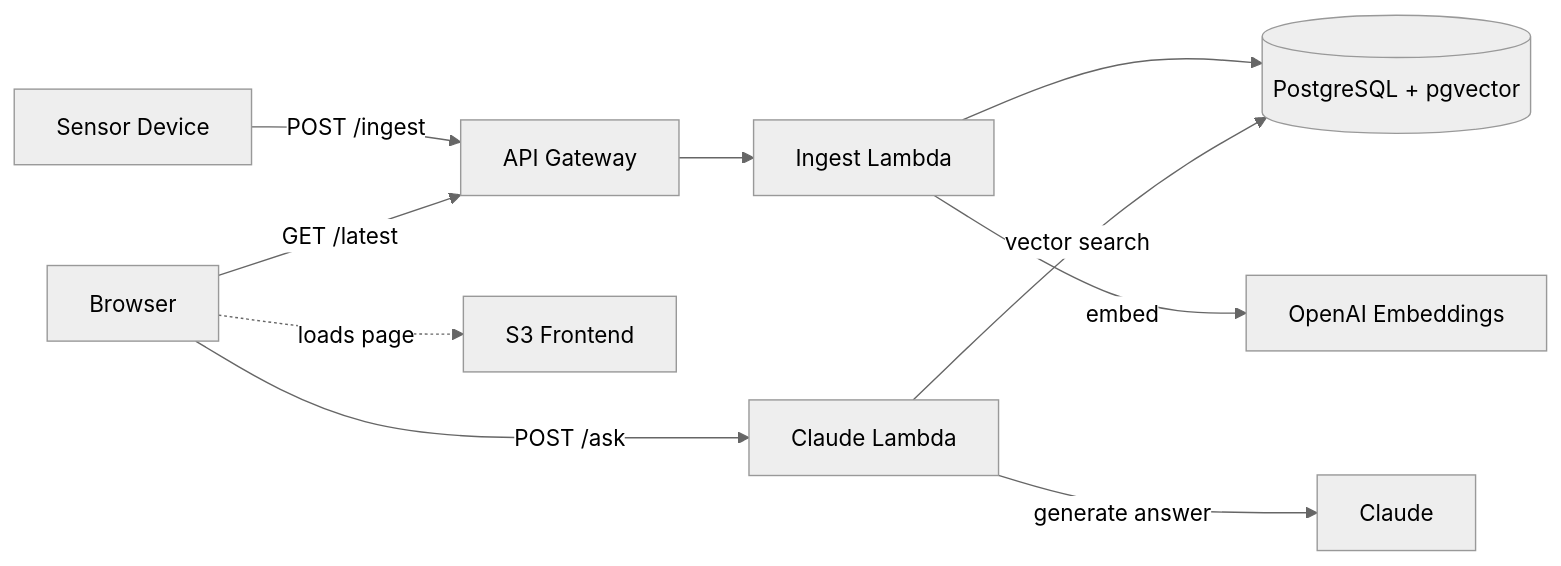
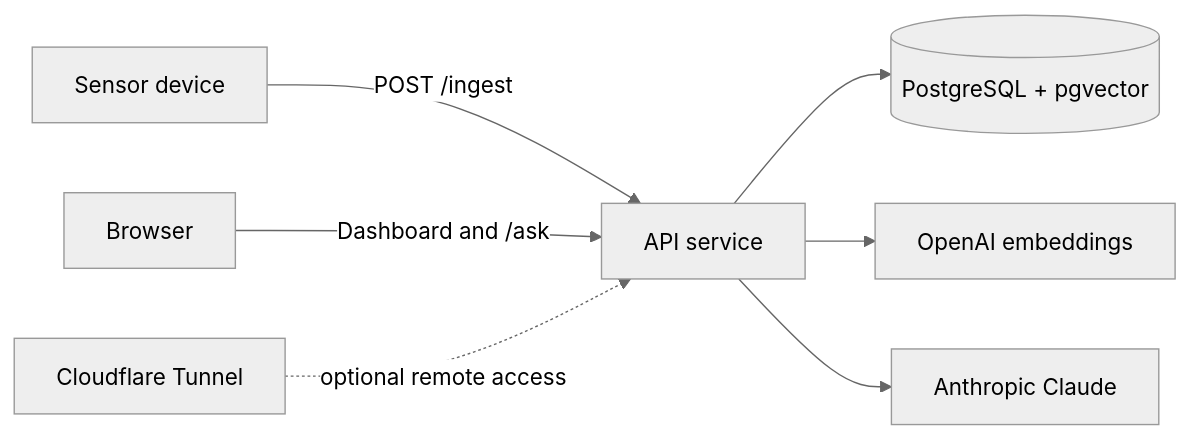
Before and after one commit to ryandau/sense-platform: the diagram in README.md, drawn with Mermaid (neutral theme). The commit also changed other lines of this file and 36 other files, not shown here.

````diff
--- a/README.md
+++ b/README.md
@@ -11,12 +36,9 @@
 ```mermaid
 flowchart LR
-  sensor[Sensor Device] -->|POST /ingest| apigw[API Gateway]
-  apigw --> ingest[Ingest Lambda]
-  ingest --> rds[(PostgreSQL + pgvector)]
-  ingest -->|embed| openai[OpenAI Embeddings]
-  browser[Browser] -.->|loads page| s3[S3 Frontend]
-  browser -->|GET /latest| apigw
-  browser -->|POST /ask| claude[Claude Lambda]
-  claude -->|vector search| rds
-  claude -->|generate answer| anthropic[Claude]
+  sensor[Sensor device] -->|POST /ingest| api[API service]
+  browser[Browser] -->|Dashboard and /ask| api
+  api --> db[(PostgreSQL + pgvector)]
+  api --> openai[OpenAI embeddings]
+  api --> anthropic[Anthropic Claude]
+  tunnel[Cloudflare Tunnel] -.->|optional remote access| api
 ```
````
